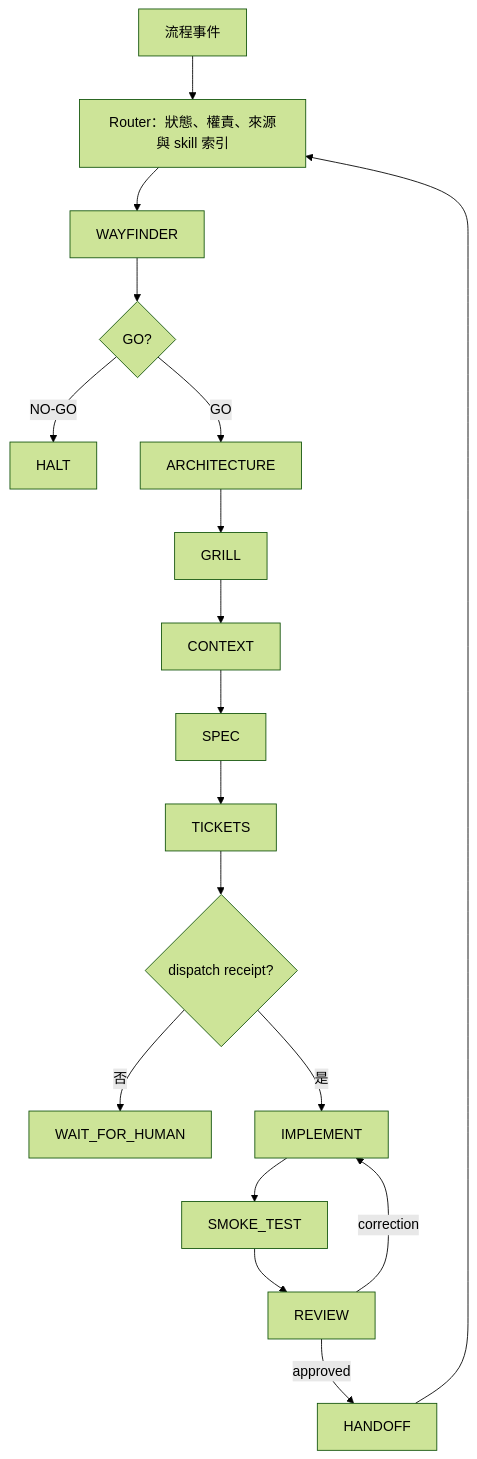
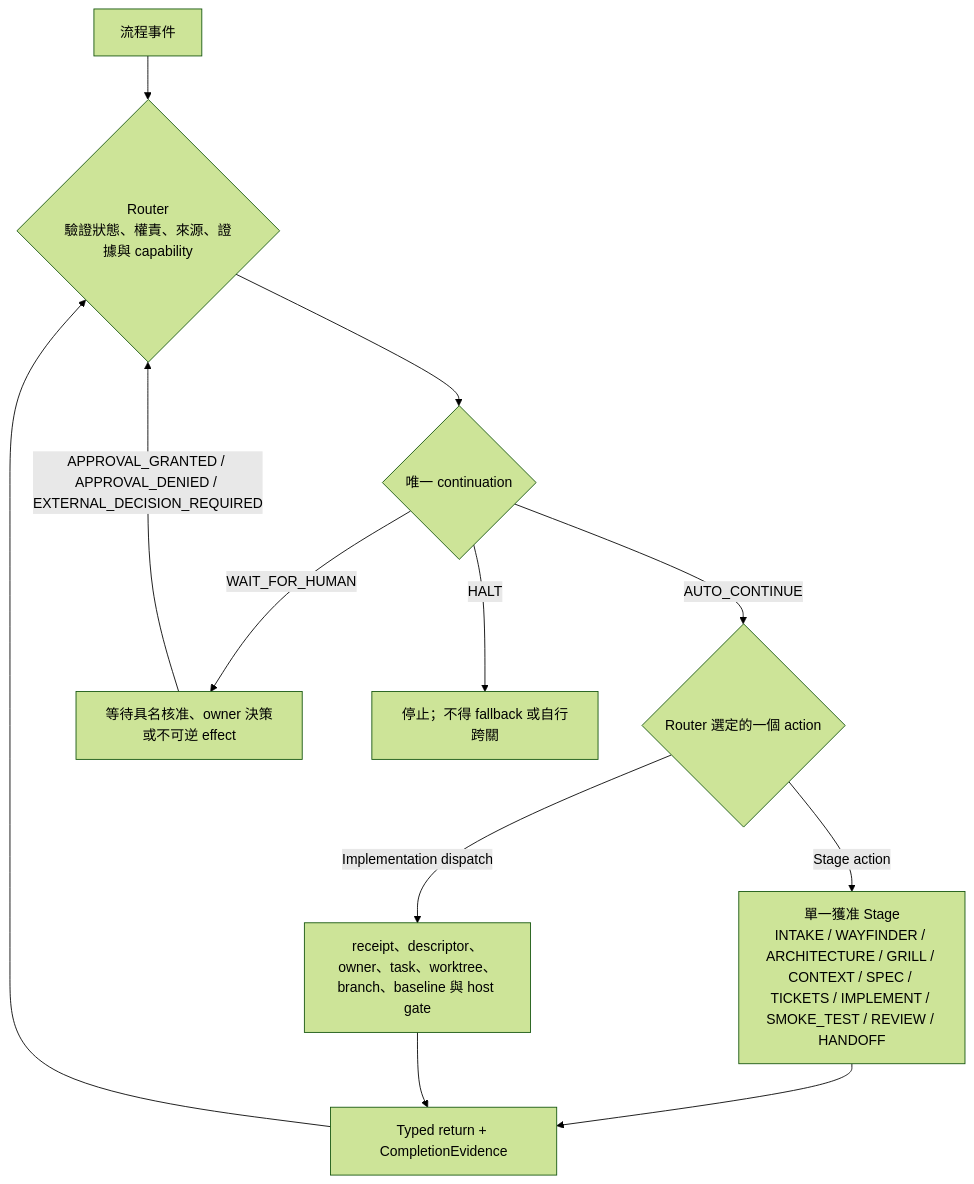
The diagram in Workflow.md (johnnyliu365-sys/Johnny_AI_Skill), drawn with Mermaid (forest theme) before and after one commit. The commit also changed other lines of this file, not shown here.

Commit message:
docs: route every workflow stage through router

````diff
--- a/Workflow.md
+++ b/Workflow.md
@@ -13,20 +13,16 @@
 ```mermaid
 flowchart TD
-    A[流程事件] --> R[Router：狀態、權責、來源與 skill 索引]
-    R --> W[WAYFINDER]
-    W --> G{GO?}
-    G -- NO-GO --> H[HALT]
-    G -- GO --> AR[ARCHITECTURE]
-    AR --> GR[GRILL]
-    GR --> C[CONTEXT]
-    C --> S[SPEC]
-    S --> T[TICKETS]
-    T --> D{dispatch receipt?}
-    D -- 否 --> WH[WAIT_FOR_HUMAN]
-    D -- 是 --> I[IMPLEMENT]
-    I --> ST[SMOKE_TEST]
-    ST --> RV[REVIEW]
-    RV -- correction --> I
-    RV -- approved --> HO[HANDOFF]
-    HO --> R
+    E["流程事件"] --> R{"Router<br/>驗證狀態、權責、來源、證據與 capability"}
+    R --> C{"唯一 continuation"}
+    C -->|"AUTO_CONTINUE"| A{"Router 選定的一個 action"}
+    C -->|"WAIT_FOR_HUMAN"| W["等待具名核准、owner 決策或不可逆 effect"]
+    C -->|"HALT"| H["停止；不得 fallback 或自行跨關"]
+
+    A -->|"Stage action"| S["單一獲准 Stage<br/>INTAKE / WAYFINDER / ARCHITECTURE / GRILL / CONTEXT / SPEC / TICKETS / IMPLEMENT / SMOKE_TEST / REVIEW / HANDOFF"]
+    A -->|"Implementation dispatch"| D["receipt、descriptor、owner、task、worktree、branch、baseline 與 host gate"]
+
+    S --> T["Typed return + CompletionEvidence"]
+    D --> T
+    T --> R
+    W -->|"APPROVAL_GRANTED / APPROVAL_DENIED / EXTERNAL_DECISION_REQUIRED"| R
 ```
````
